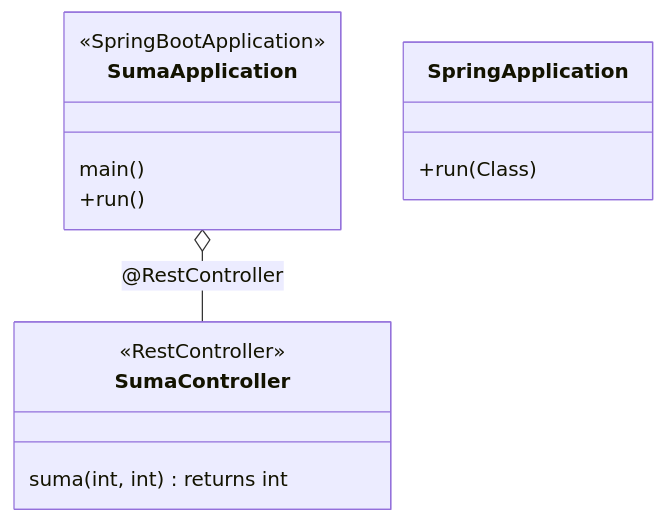
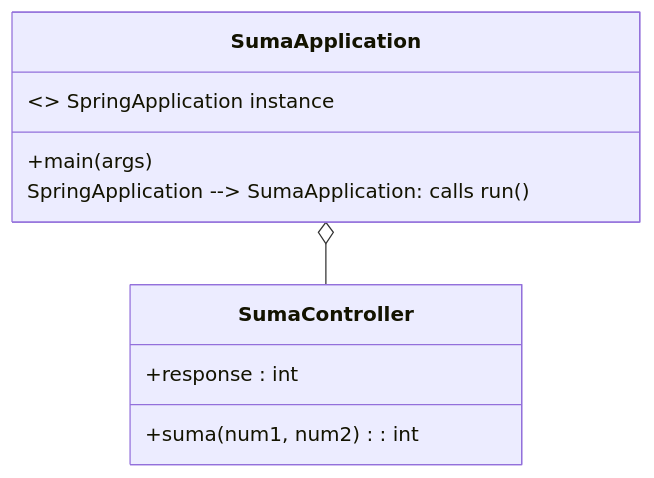
The diagram in SumaProject/docs/diagrama.mmd (natperh/newCodes), drawn with Mermaid before and after one commit. The commit also changed 2 other files, not shown here.

```diff
--- a/SumaProject/docs/diagrama.mmd
+++ b/SumaProject/docs/diagrama.mmd
@@ -1,17 +1,13 @@
 classDiagram
     class SumaApplication {
-        <<SpringBootApplication>>
-        main()
-        +run()
+        +main(args)
+        <<create>> SpringApplication instance
+        SpringApplication --> SumaApplication: calls run()
     }
 
     class SumaController {
-        <<RestController>>
-        suma(int, int) returns int
+        +suma(num1, num2) : int
+        +response : int
     }
 
-    SumaApplication o-- SumaController : @RestController
-
-    class SpringApplication {
-        +run(Class)
-    }
+    SumaApplication o-- SumaController
```
